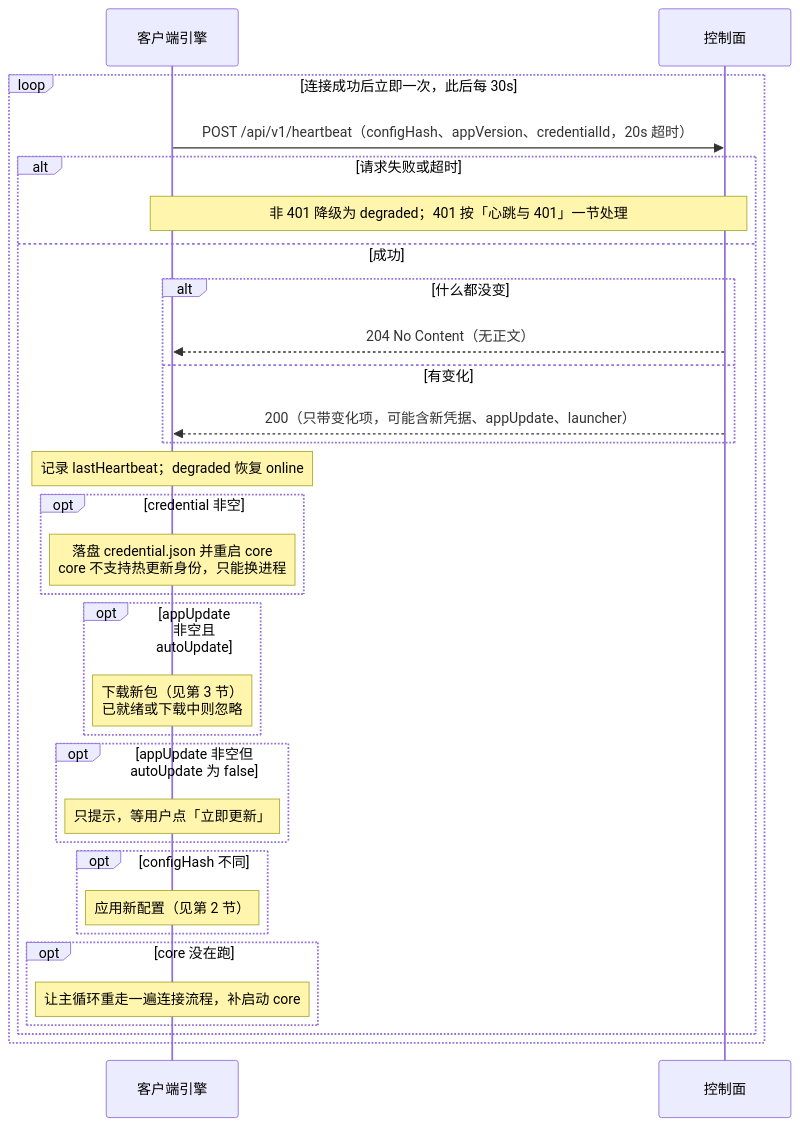
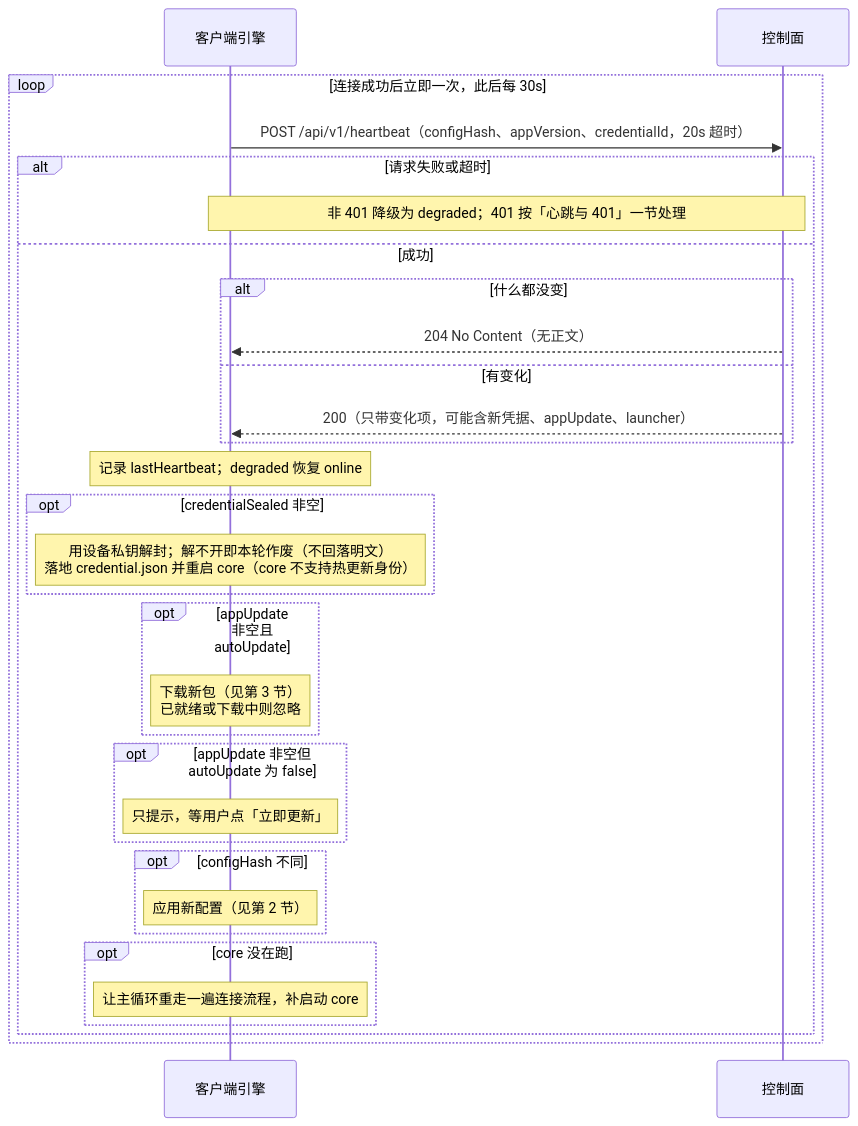
One commit to hiromuraki/mesh-client changed the first of 5 diagrams in docs/flows.md. Above: the diagram before and after it, drawn with Mermaid. The commit also changed 1 other file, not shown here.

Commit message:
docs: 心跳带回的凭据是封装的一份

````diff
--- a/docs/flows.md
+++ b/docs/flows.md
@@ -11,34 +11,34 @@
 ```mermaid
 sequenceDiagram
   participant E as 客户端引擎
   participant S as 控制面
 
   loop 连接成功后立即一次，此后每 30s
     E->>S: POST /api/v1/heartbeat（configHash、appVersion、credentialId，20s 超时）
     alt 请求失败或超时
       Note over E,S: 非 401 降级为 degraded；401 按「心跳与 401」一节处理
     else 成功
       alt 什么都没变
         S-->>E: 204 No Content（无正文）
       else 有变化
         S-->>E: 200（只带变化项，可能含新凭据、appUpdate、launcher）
       end
       Note over E: 记录 lastHeartbeat；degraded 恢复 online
-      opt credential 非空
-        Note over E: 落盘 credential.json 并重启 core<br/>core 不支持热更新身份，只能换进程
+      opt credentialSealed 非空
+        Note over E: 用设备私钥解封；解不开即本轮作废（不回落明文）<br/>落地 credential.json 并重启 core（core 不支持热更新身份）
       end
       opt appUpdate 非空且 autoUpdate
         Note over E: 下载新包（见第 3 节）<br/>已就绪或下载中则忽略
       end
       opt appUpdate 非空但 autoUpdate 为 false
         Note over E: 只提示，等用户点「立即更新」
       end
       opt configHash 不同
         Note over E: 应用新配置（见第 2 节）
       end
       opt core 没在跑
         Note over E: 让主循环重走一遍连接流程，补启动 core
       end
     end
   end
 ```
````
